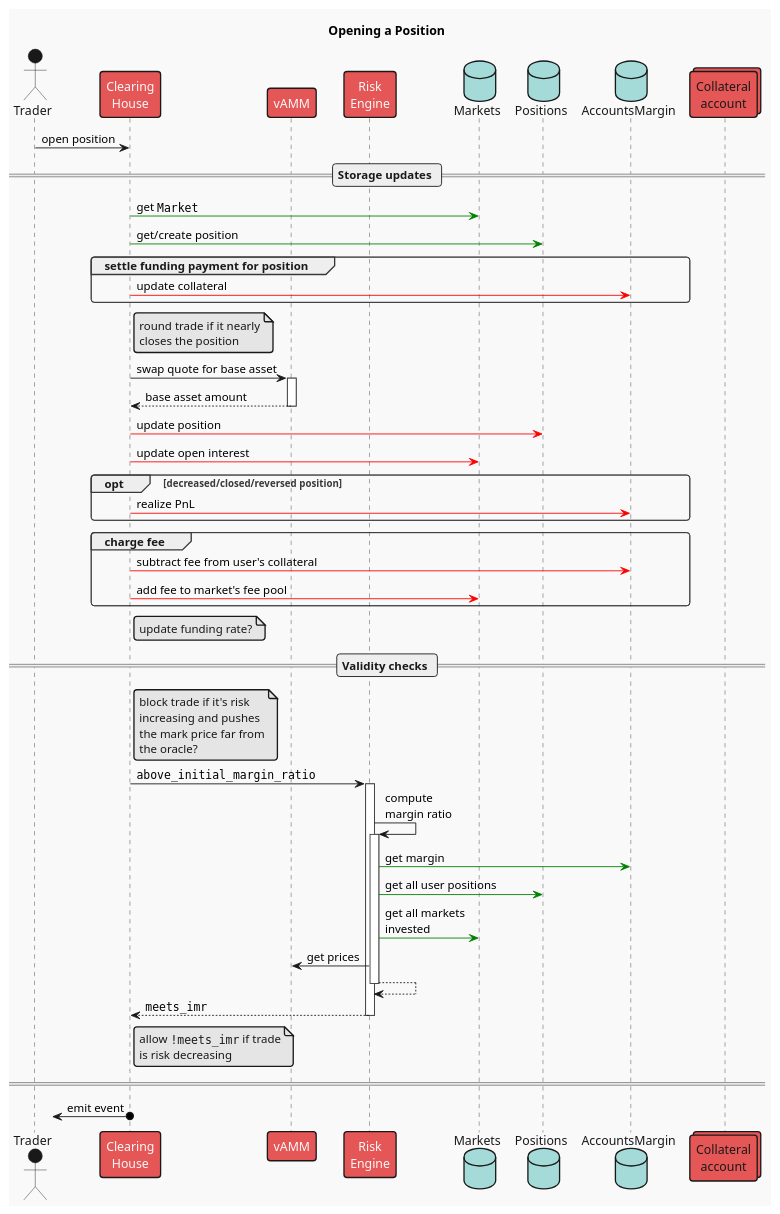
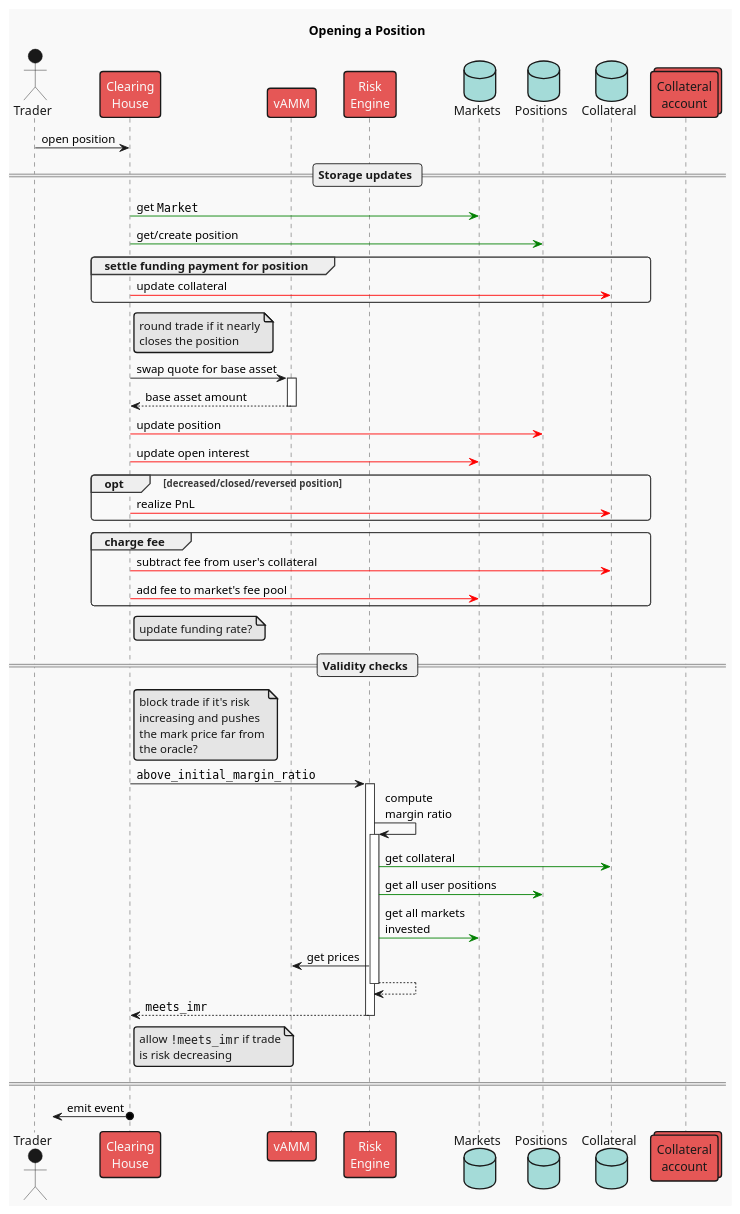
The diagram in frame/clearing-house/diagrams/open-position.plantuml (ComposableFi/composable), drawn with PlantUML before and after one commit. The commit also changed 11 other files, not shown here.

Commit message:
refactor(CH): separate 'collateral' and 'margin'

```diff
--- a/frame/clearing-house/diagrams/open-position.plantuml
+++ b/frame/clearing-house/diagrams/open-position.plantuml
@@ -1,78 +1,78 @@
 @startuml open_position
 !theme mars
 skinparam responseMessageBelowArrow true
 
 title Opening a Position
 
 actor "Trader" as user
 participant "Clearing\nHouse" as ch
 participant "vAMM" as vamm
 participant "Risk\nEngine" as risk
 database "Markets" as mkts
 database "Positions" as positions
-database "AccountsMargin" as accs
+database "Collateral" as accs
 collections "Collateral\naccount" as vault
 
 user -> ch : open position
 
 == Storage updates ==
 
 ch -[#green]> mkts : get ""Market""
 ch -[#green]> positions : get/create position
 
 group settle funding payment for position
 ch -[#red]> accs : update collateral
 end
 
 note right ch
 round trade if it nearly
 closes the position
 end note
 ch -> vamm ++ : swap quote for base asset
 return base asset amount
 
 ch -[#red]> positions : update position
 ch -[#red]> mkts : update open interest
 
 
 opt decreased/closed/reversed position
 ch -[#red]> accs : realize PnL
 end
 
 group charge fee
 ch -[#red]> accs : subtract fee from user's collateral
 ch -[#red]> mkts : add fee to market's fee pool
 end
 
 note right ch
 update funding rate?
 end note
 
 == Validity checks ==
 
 note right ch
 block trade if it's risk
 increasing and pushes
 the mark price far from
 the oracle?
 end note
 
 'RiskEngine
 ch -> risk ++: ""above_initial_margin_ratio""
     risk -> risk ++: compute\nmargin ratio
-        risk -[#green]> accs : get margin
+        risk -[#green]> accs : get collateral
         risk -[#green]> positions : get all user positions
         risk -[#green]> mkts : get all markets\ninvested
         risk -> vamm : get prices
     return
 return ""meets_imr""
 
 note right ch
 allow ""!meets_imr"" if trade
 is risk decreasing
 end note
 
 ====
 
 ?<-o ch : emit event
 @enduml
```
